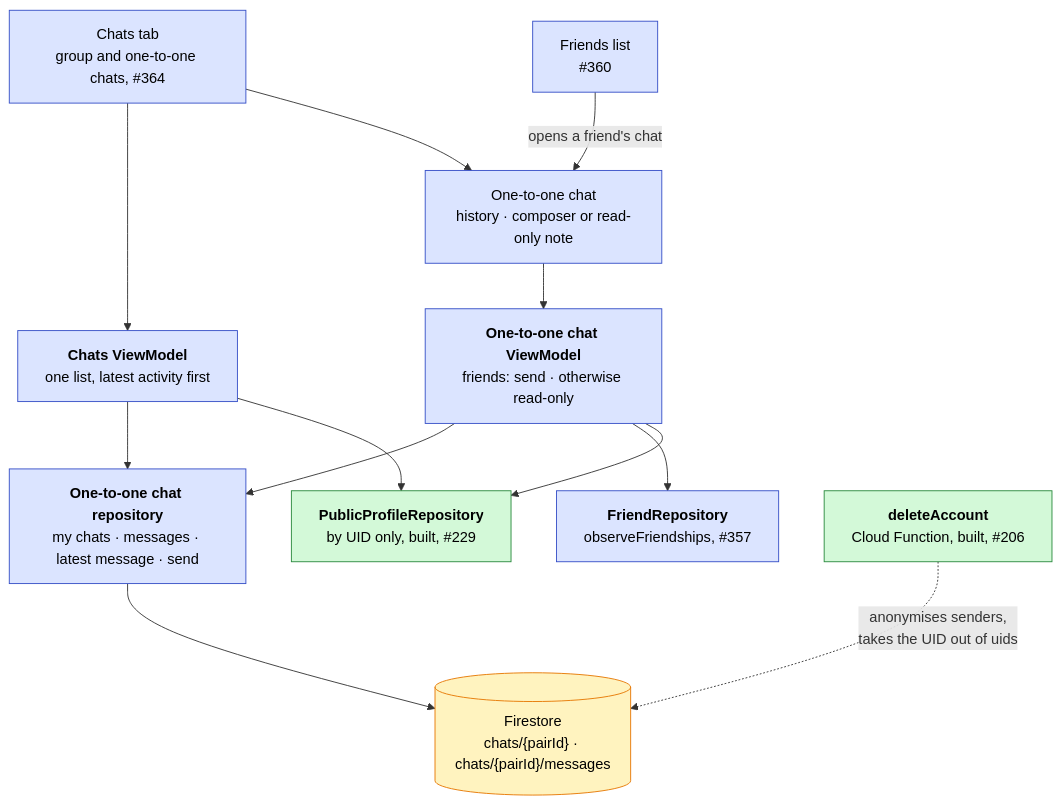
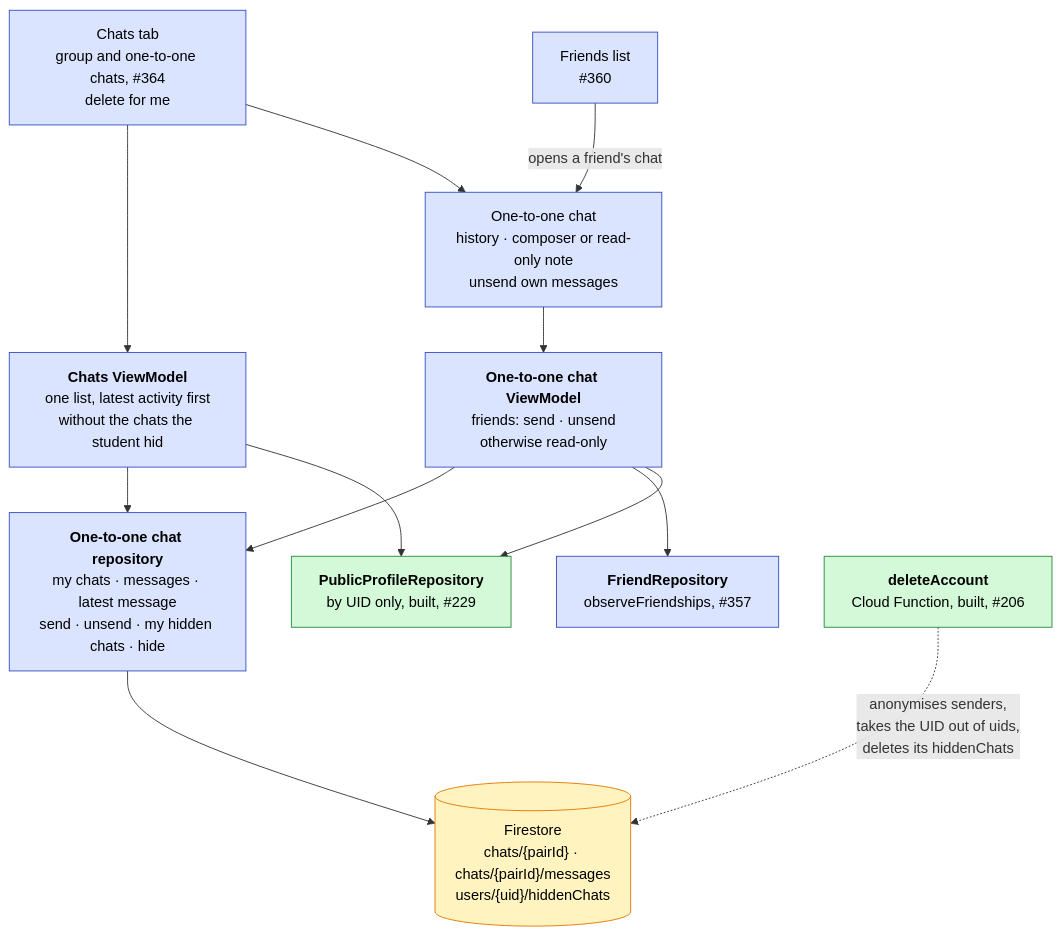
One commit to swent-polysocial/PolySocial changed the eighth of 14 diagrams in docs/Architecture-Diagram.md. Above: the diagram before and after it, drawn with Mermaid. The commit also changed other lines of this file, not shown here.

First line of the commit message:
docs: design unsend and delete for me

````diff
--- a/docs/Architecture-Diagram.md
+++ b/docs/Architecture-Diagram.md
@@ -327,18 +327,18 @@
 ```mermaid
 flowchart TB
   classDef pb fill:#dbe4ff,stroke:#364fc7,color:#000
   classDef ext fill:#fff3bf,stroke:#e67700,color:#000
   classDef s1 fill:#d3f9d8,stroke:#2b8a3e,color:#000
 
-  tab["Chats tab<br/>group and one-to-one chats, #364"]:::pb --> tabVM["<b>Chats ViewModel</b><br/>one list, latest activity first"]:::pb
+  tab["Chats tab<br/>group and one-to-one chats, #364<br/>delete for me"]:::pb --> tabVM["<b>Chats ViewModel</b><br/>one list, latest activity first<br/>without the chats the student hid"]:::pb
   friendsUi["Friends list<br/>#360"]:::pb -- "opens a friend's chat" --> chatS
-  tab --> chatS["One-to-one chat<br/>history · composer or read-only note"]:::pb
-  chatS --> chatVM["<b>One-to-one chat ViewModel</b><br/>friends: send · otherwise read-only"]:::pb
-  tabVM --> repo["<b>One-to-one chat repository</b><br/>my chats · messages · latest message · send"]:::pb
+  tab --> chatS["One-to-one chat<br/>history · composer or read-only note<br/>unsend own messages"]:::pb
+  chatS --> chatVM["<b>One-to-one chat ViewModel</b><br/>friends: send · unsend<br/>otherwise read-only"]:::pb
+  tabVM --> repo["<b>One-to-one chat repository</b><br/>my chats · messages · latest message<br/>send · unsend · my hidden chats · hide"]:::pb
   chatVM --> repo
   chatVM --> friendRepo["<b>FriendRepository</b><br/>observeFriendships, #357"]:::pb
   chatVM --> pub["<b>PublicProfileRepository</b><br/>by UID only, built, #229"]:::s1
   tabVM --> pub
-  repo --> fs[("Firestore<br/>chats/{pairId} · chats/{pairId}/messages")]:::ext
-  delFn["<b>deleteAccount</b><br/>Cloud Function, built, #206"]:::s1 -. "anonymises senders,<br/>takes the UID out of uids" .-> fs
+  repo --> fs[("Firestore<br/>chats/{pairId} · chats/{pairId}/messages<br/>users/{uid}/hiddenChats")]:::ext
+  delFn["<b>deleteAccount</b><br/>Cloud Function, built, #206"]:::s1 -. "anonymises senders,<br/>takes the UID out of uids,<br/>deletes its hiddenChats" .-> fs
 ```
````
